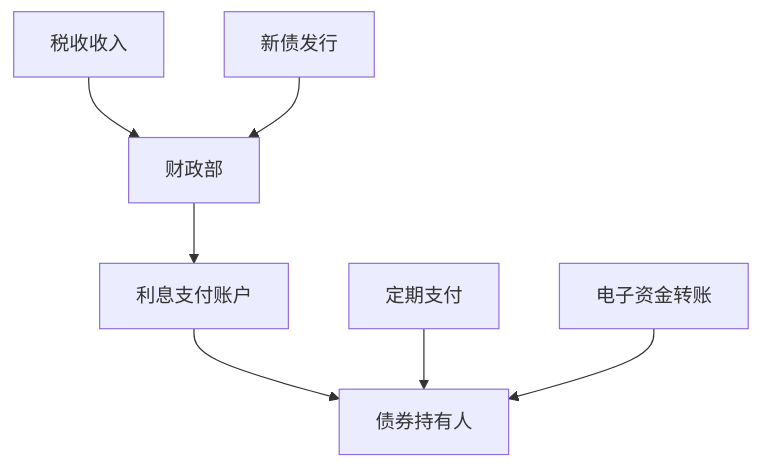
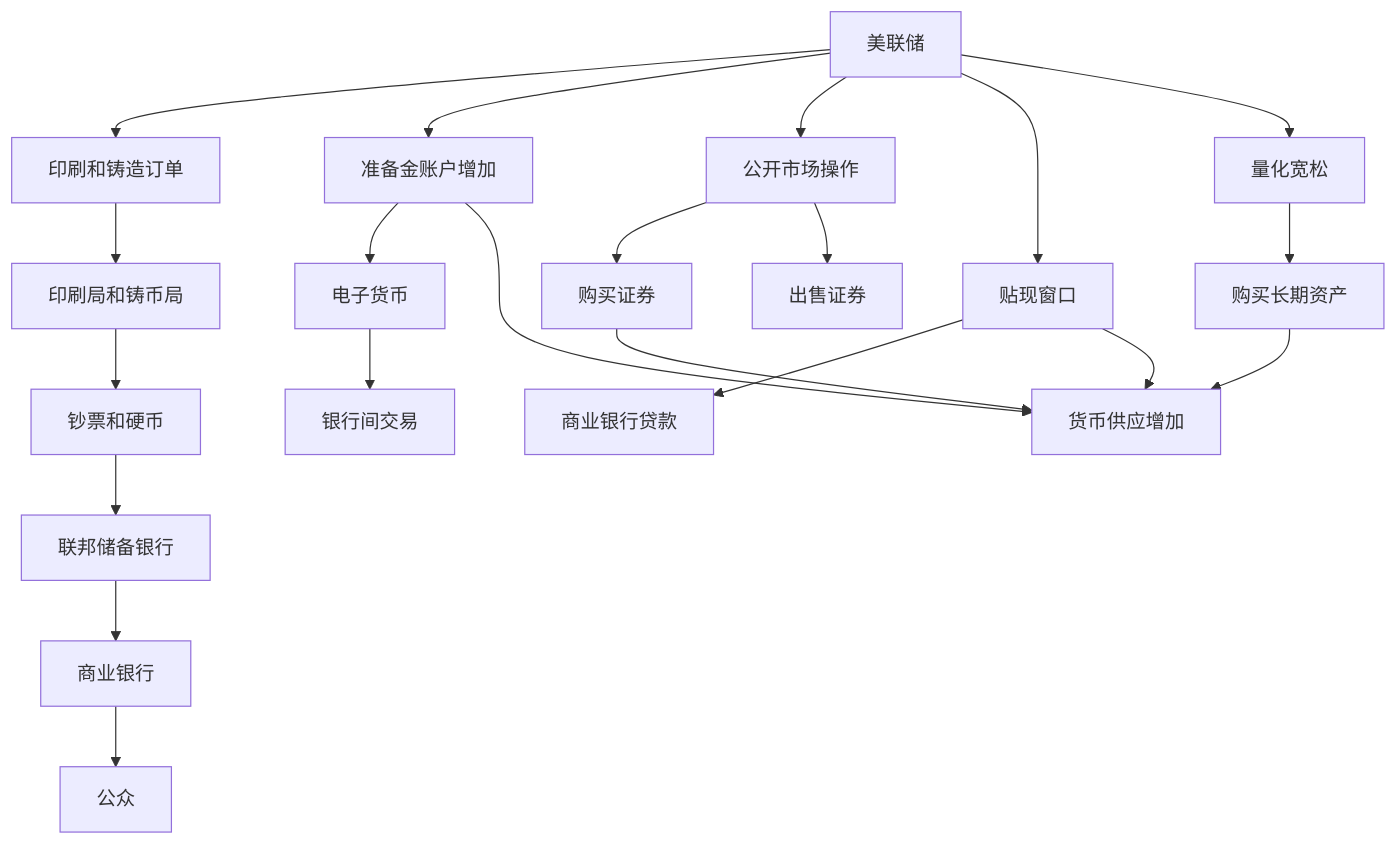
Before and after one commit to swinwae/iodraw-files: the diagram in all/未命名.md, drawn with Mermaid.

Commit message:
2024-05-24 00:10:41 update

````diff
--- a/all/未命名.md
+++ b/all/未命名.md
@@ -1,9 +1,29 @@
 ```mermaid
 graph TD
-    A[税收收入] --> B[财政部]
-    C[新债发行] --> B
-    B --> D[利息支付账户]
-    D --> E[债券持有人]
-    F[定期支付] --> E
-    G[电子资金转账] --> E
+    A[美联储]
+    A --> B[印刷和铸造订单]
+    B --> C[印刷局和铸币局]
+    C --> D[钞票和硬币]
+    D --> E[联邦储备银行]
+    E --> F[商业银行]
+    F --> G[公众]
+
+    A --> H[准备金账户增加]
+    H --> I[电子货币]
+    I --> J[银行间交易]
+
+    A --> K[公开市场操作]
+    K --> L[购买证券]
+    K --> M[出售证券]
+
+    A --> N[贴现窗口]
+    N --> O[商业银行贷款]
+
+    A --> P[量化宽松]
+    P --> Q[购买长期资产]
+
+    Q --> R[货币供应增加]
+    L --> R
+    H --> R
+    N --> R
 ```
````
